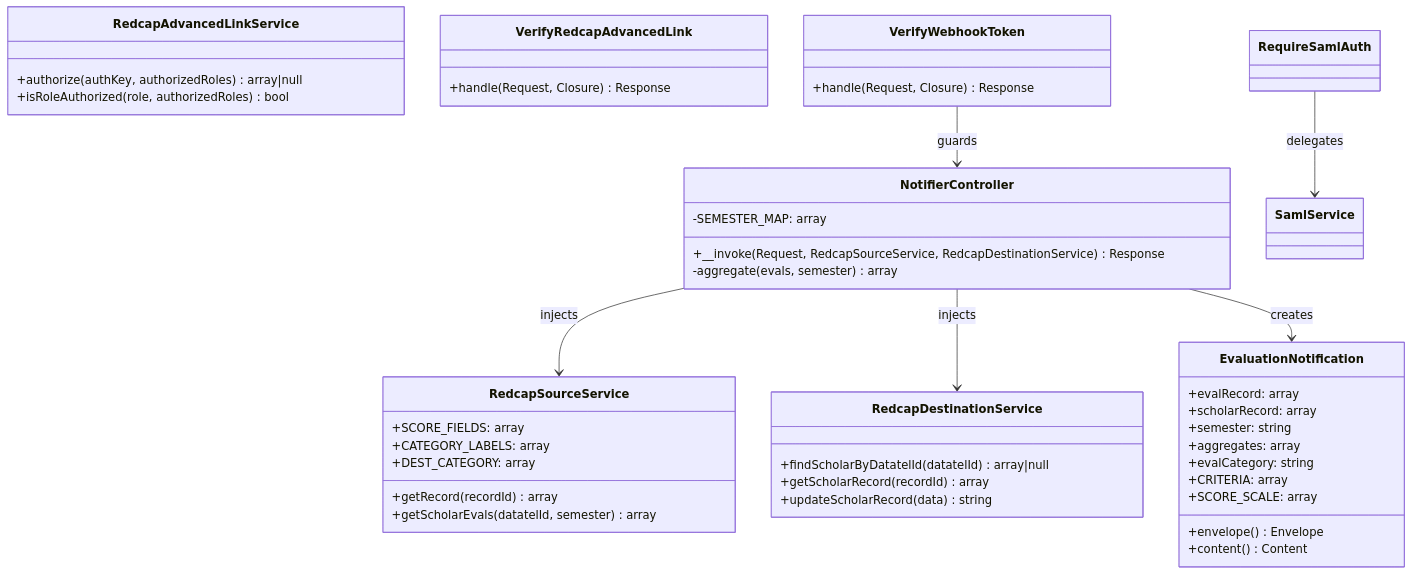
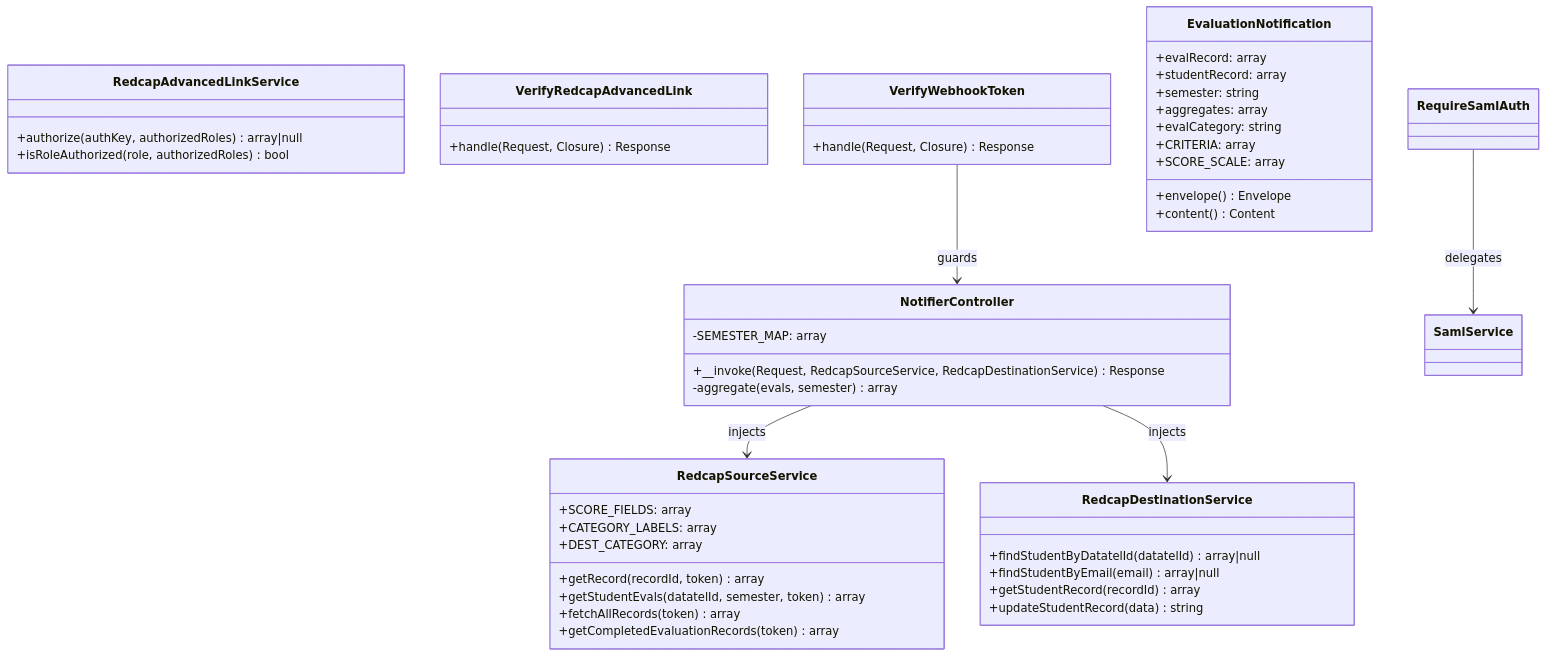
The third of 7 diagrams in Docs/architecture.md (com-atg/OMM-SE), drawn with Mermaid before and after one commit. The commit also changed other lines of this file and 7 other files, not shown here.

````diff
--- a/Docs/architecture.md
+++ b/Docs/architecture.md
@@ -71,53 +71,55 @@
 ```mermaid
 classDiagram
     class NotifierController {
         +__invoke(Request, RedcapSourceService, RedcapDestinationService) Response
         -aggregate(evals, semester) array
         -SEMESTER_MAP: array
     }
 
     class RedcapSourceService {
-        +getRecord(recordId) array
-        +getScholarEvals(datatelId, semester) array
+        +getRecord(recordId, token) array
+        +getStudentEvals(datatelId, semester, token) array
+        +fetchAllRecords(token) array
+        +getCompletedEvaluationRecords(token) array
         +SCORE_FIELDS: array
         +CATEGORY_LABELS: array
         +DEST_CATEGORY: array
     }
 
     class RedcapDestinationService {
-        +findScholarByDatatelId(datatelId) array|null
-        +getScholarRecord(recordId) array
-        +updateScholarRecord(data) string
+        +findStudentByDatatelId(datatelId) array|null
+        +findStudentByEmail(email) array|null
+        +getStudentRecord(recordId) array
+        +updateStudentRecord(data) string
     }
 
     class RedcapAdvancedLinkService {
         +authorize(authKey, authorizedRoles) array|null
         +isRoleAuthorized(role, authorizedRoles) bool
     }
 
     class VerifyRedcapAdvancedLink {
         +handle(Request, Closure) Response
     }
 
     class VerifyWebhookToken {
         +handle(Request, Closure) Response
     }
 
     class EvaluationNotification {
         +evalRecord: array
-        +scholarRecord: array
+        +studentRecord: array
         +semester: string
         +aggregates: array
         +evalCategory: string
         +CRITERIA: array
         +SCORE_SCALE: array
         +envelope() Envelope
         +content() Content
     }
 
     NotifierController --> RedcapSourceService : injects
     NotifierController --> RedcapDestinationService : injects
-    NotifierController --> EvaluationNotification : creates
     RequireSamlAuth --> SamlService : delegates
     VerifyWebhookToken --> NotifierController : guards
 ```
````
